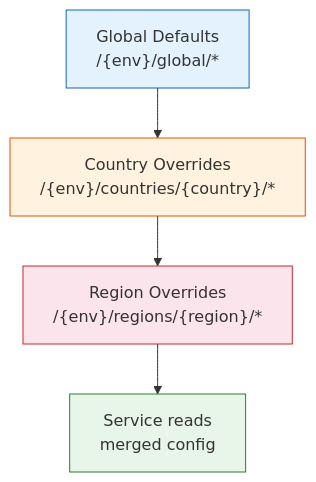
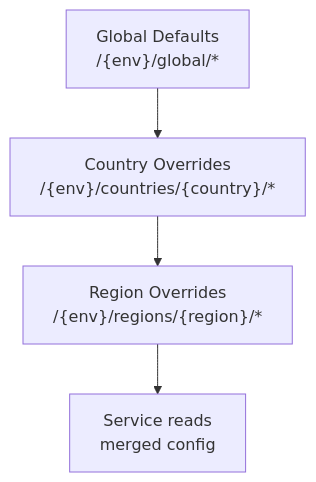
The first of 4 diagrams in 06-developer-guides/06-multi-region-patterns.md (rishikeshdhokare/platform-manifesto), drawn with Mermaid before and after one commit. The commit also changed other lines of this file and 14 other files, not shown here.

First line of the commit message:
fix: remove mermaid style directives (119 lines across 15 files)

````diff
--- a/06-developer-guides/06-multi-region-patterns.md
+++ b/06-developer-guides/06-multi-region-patterns.md
@@ -40,11 +40,7 @@
 ```mermaid
 flowchart TD
     G["Global Defaults\n/{env}/global/*"] --> CO["Country Overrides\n/{env}/countries/{country}/*"]
     CO --> CI["Region Overrides\n/{env}/regions/{region}/*"]
     CI --> SVC["Service reads\nmerged config"]
 
-    style G fill:#e3f2fd,stroke:#1565c0
-    style CO fill:#fff3e0,stroke:#e65100
-    style CI fill:#fce4ec,stroke:#c62828
-    style SVC fill:#e8f5e9,stroke:#2e7d32
 ```
````
